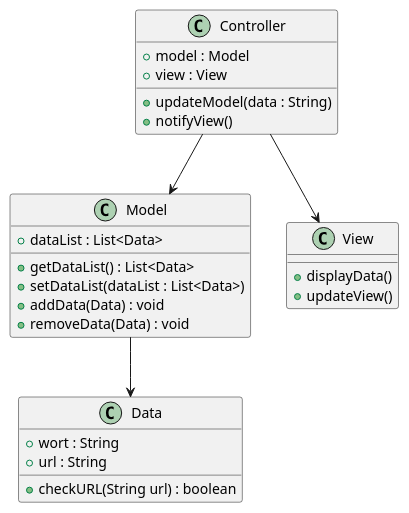
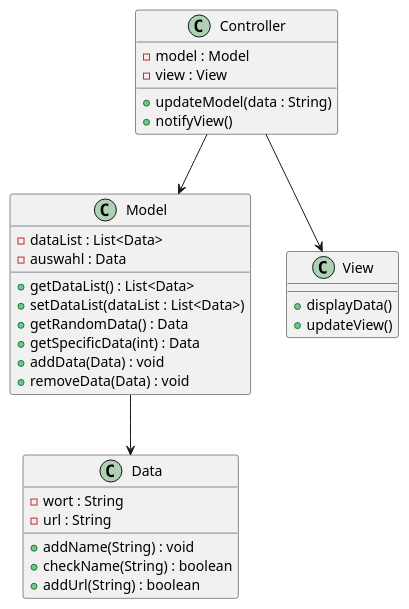
The diagram in worttrainer-reloaded.puml (TGM-HIT/sew9-2425-worttrainer-kbau3r), drawn with PlantUML before and after one commit. The commit also changed 2 other files, not shown here.

```diff
--- a/worttrainer-reloaded.puml
+++ b/worttrainer-reloaded.puml
@@ -1,34 +1,39 @@
 @startuml
 'title: Worttrainer Reloaded - kbauer'
 
 class Model {
-  +dataList : List<Data>
+  -dataList : List<Data>
+  -auswahl : Data
   +getDataList() : List<Data>
   +setDataList(dataList : List<Data>)
+  +getRandomData() : Data
+  +getSpecificData(int) : Data
   +addData(Data) : void
   +removeData(Data) : void
 }
 
 class Data {
-  +wort : String
-  +url : String
-  +checkURL(String url) : boolean
+  -wort : String
+  -url : String
+  +addName(String) : void
+  +checkName(String) : boolean
+  +addUrl(String) : boolean
 }
 
 class View {
   +displayData()
   +updateView()
 }
 
 class Controller {
-  +model : Model
-  +view : View
+  -model : Model
+  -view : View
   +updateModel(data : String)
   +notifyView()
 }
 
 Controller --> Model
 Controller --> View
 Model --> Data
 
 @enduml
```
